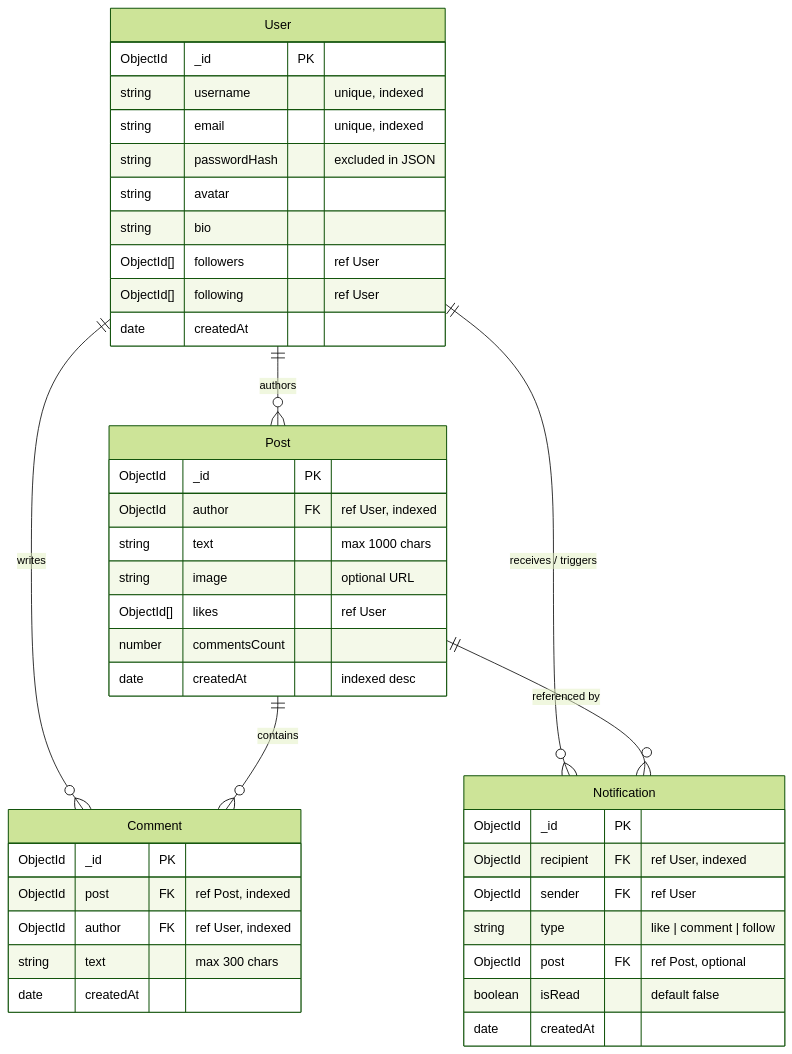
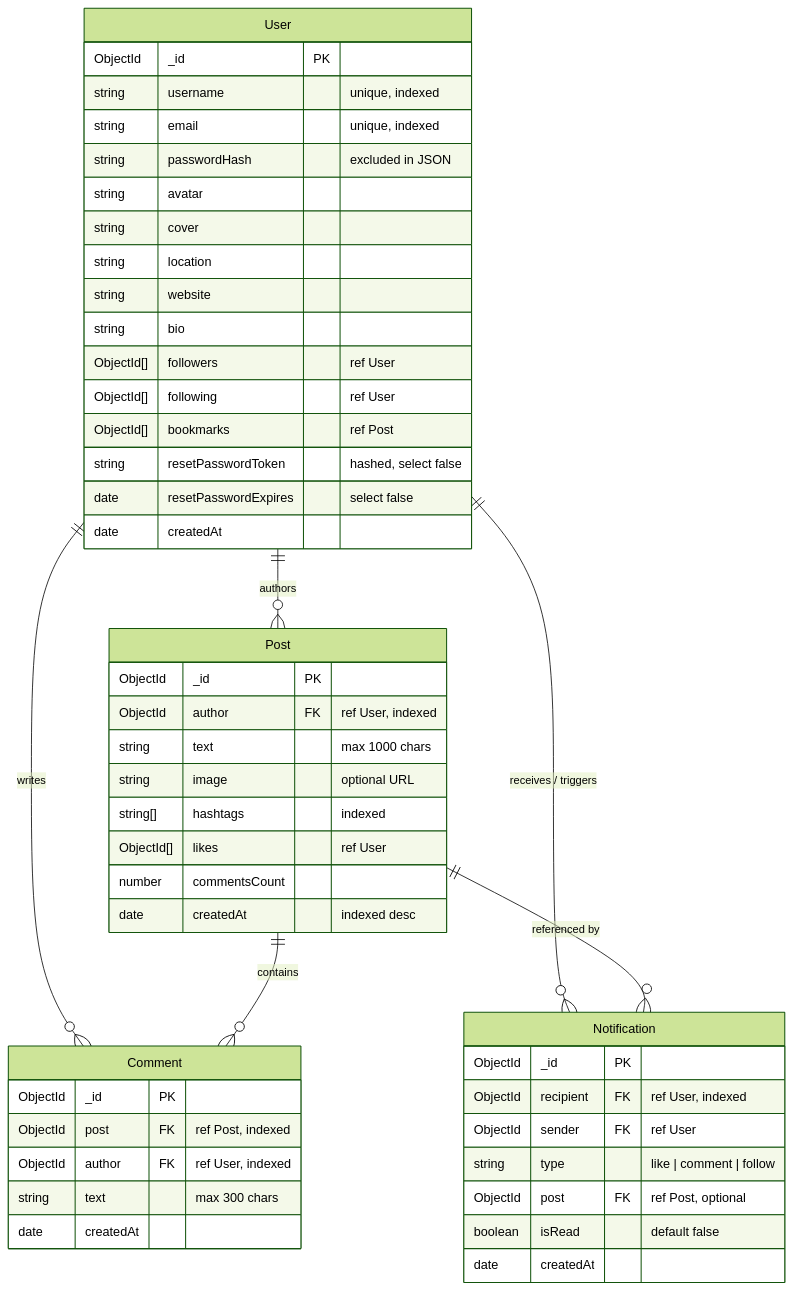
The second of 2 diagrams in README.md (newayushgupta-web/ConnectSphere), drawn with Mermaid (forest theme) before and after one commit. The commit also changed other lines of this file and 25 other files, not shown here.

Commit message:
feat(v2): complete full-stack social media platform with forgot/reset password, stories, bookmarks, and rich profiles

````diff
--- a/README.md
+++ b/README.md
@@ -105,48 +123,55 @@
 ```mermaid
 erDiagram
     User ||--o{ Post : "authors"
     User ||--o{ Comment : "writes"
     User ||--o{ Notification : "receives / triggers"
     Post ||--o{ Comment : "contains"
     Post ||--o{ Notification : "referenced by"
 
     User {
         ObjectId _id PK
         string username "unique, indexed"
         string email "unique, indexed"
         string passwordHash "excluded in JSON"
         string avatar
+        string cover
+        string location
+        string website
         string bio
         ObjectId[] followers "ref User"
         ObjectId[] following "ref User"
+        ObjectId[] bookmarks "ref Post"
+        string resetPasswordToken "hashed, select false"
+        date resetPasswordExpires "select false"
         date createdAt
     }
 
     Post {
         ObjectId _id PK
         ObjectId author FK "ref User, indexed"
         string text "max 1000 chars"
         string image "optional URL"
+        string[] hashtags "indexed"
         ObjectId[] likes "ref User"
         number commentsCount
         date createdAt "indexed desc"
     }
 
     Comment {
         ObjectId _id PK
         ObjectId post FK "ref Post, indexed"
         ObjectId author FK "ref User, indexed"
         string text "max 300 chars"
         date createdAt
     }
 
     Notification {
         ObjectId _id PK
         ObjectId recipient FK "ref User, indexed"
         ObjectId sender FK "ref User"
         string type "like | comment | follow"
         ObjectId post FK "ref Post, optional"
         boolean isRead "default false"
         date createdAt
     }
 ```
````
